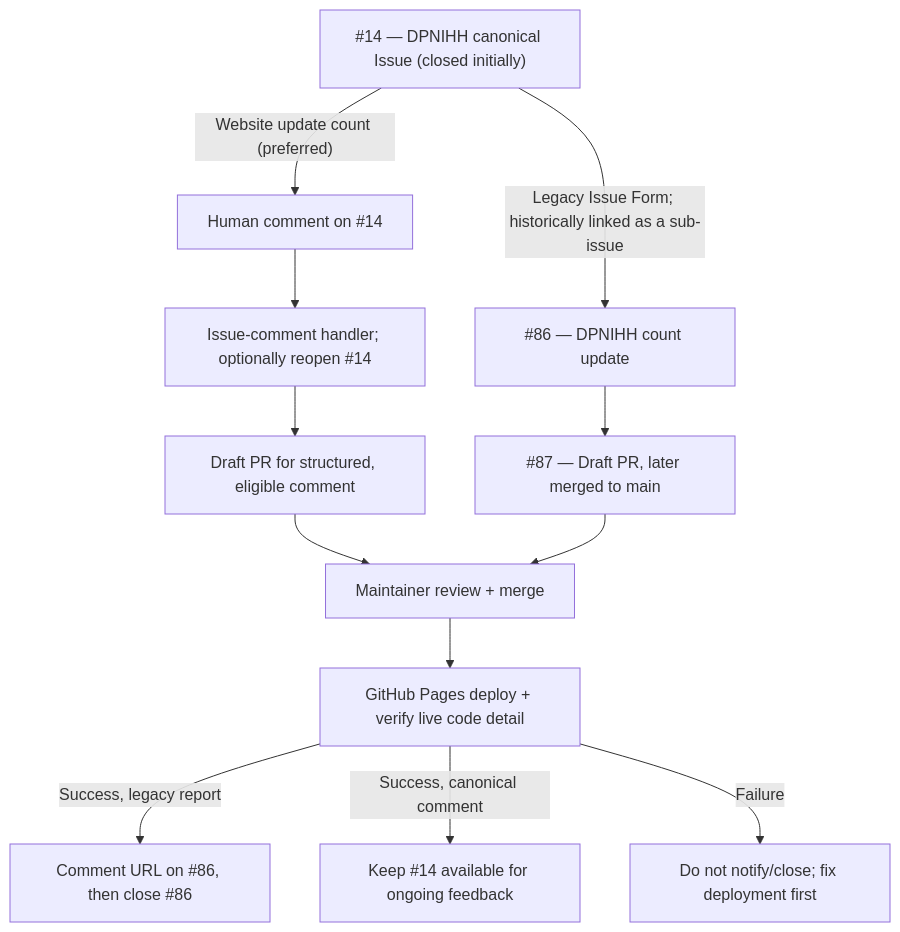
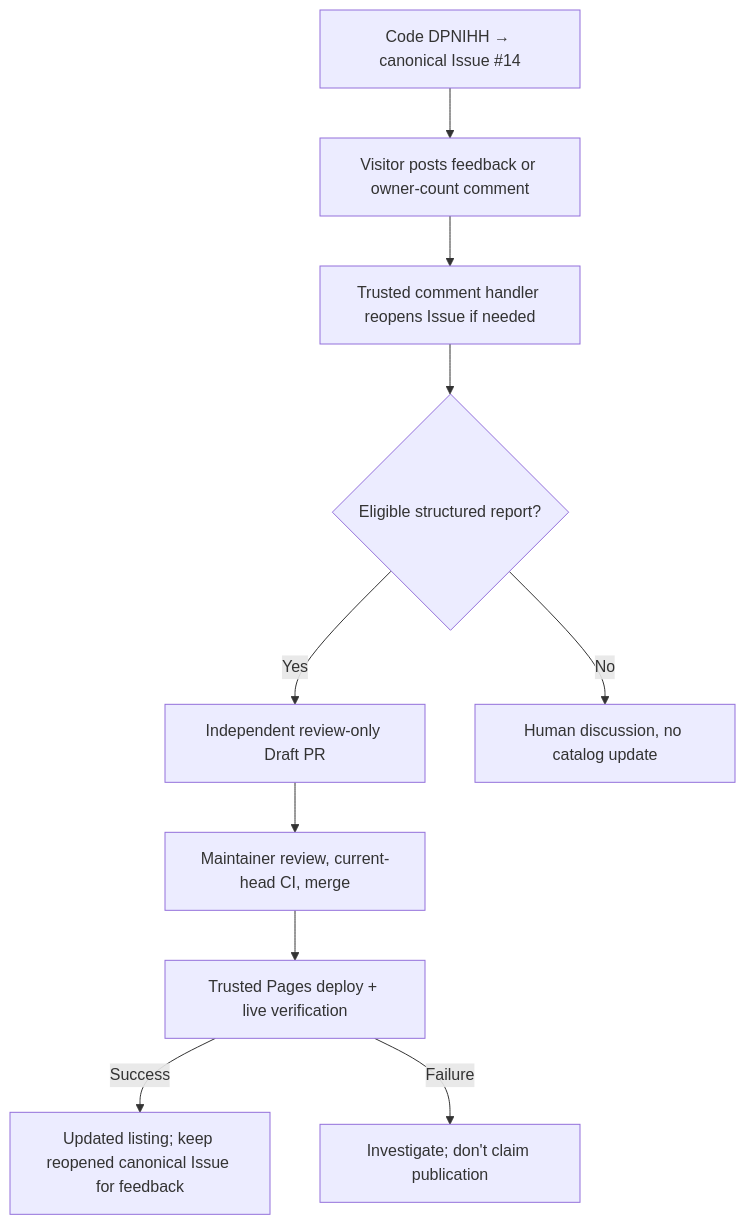
Before and after one commit to ePlus-DEV/muse-invite-hub: the second of 2 diagrams in docs/CONTRIBUTION_FLOW.md, drawn with Mermaid. The commit also changed other lines of this file, not shown here.

Commit message:
docs(flow): map live new-code auto-publish and manual feedback routes

````diff
--- a/docs/CONTRIBUTION_FLOW.md
+++ b/docs/CONTRIBUTION_FLOW.md
@@ -42,15 +75,12 @@
 ```mermaid
 flowchart TD
-    P["#14 — DPNIHH canonical Issue (closed initially)"]
-    P -->|"Website update count (preferred)"| C["Human comment on #14"]
-    C --> D["Issue-comment handler; optionally reopen #14"]
-    D --> E["Draft PR for structured, eligible comment"]
-    P -->|"Legacy Issue Form; historically linked as a sub-issue"| S["#86 — DPNIHH count update"]
-    S --> F["#87 — Draft PR, later merged to main"]
-    E --> G["Maintainer review + merge"]
-    F --> G
-    G --> H["GitHub Pages deploy + verify live code detail"]
-    H -->|"Success, legacy report"| I["Comment URL on #86, then close #86"]
-    H -->|"Success, canonical comment"| J["Keep #14 available for ongoing feedback"]
-    H -->|"Failure"| K["Do not notify/close; fix deployment first"]
+    A["Code DPNIHH → canonical Issue #14"] --> B["Visitor posts feedback or owner-count comment"]
+    B --> C["Trusted comment handler reopens Issue if needed"]
+    C --> D{"Eligible structured report?"}
+    D -->|"Yes"| E["Independent review-only Draft PR"]
+    D -->|"No"| F["Human discussion, no catalog update"]
+    E --> G["Maintainer review, current-head CI, merge"]
+    G --> H["Trusted Pages deploy + live verification"]
+    H -->|"Success"| I["Updated listing; keep reopened canonical Issue for feedback"]
+    H -->|"Failure"| J["Investigate; don't claim publication"]
 ```
````
